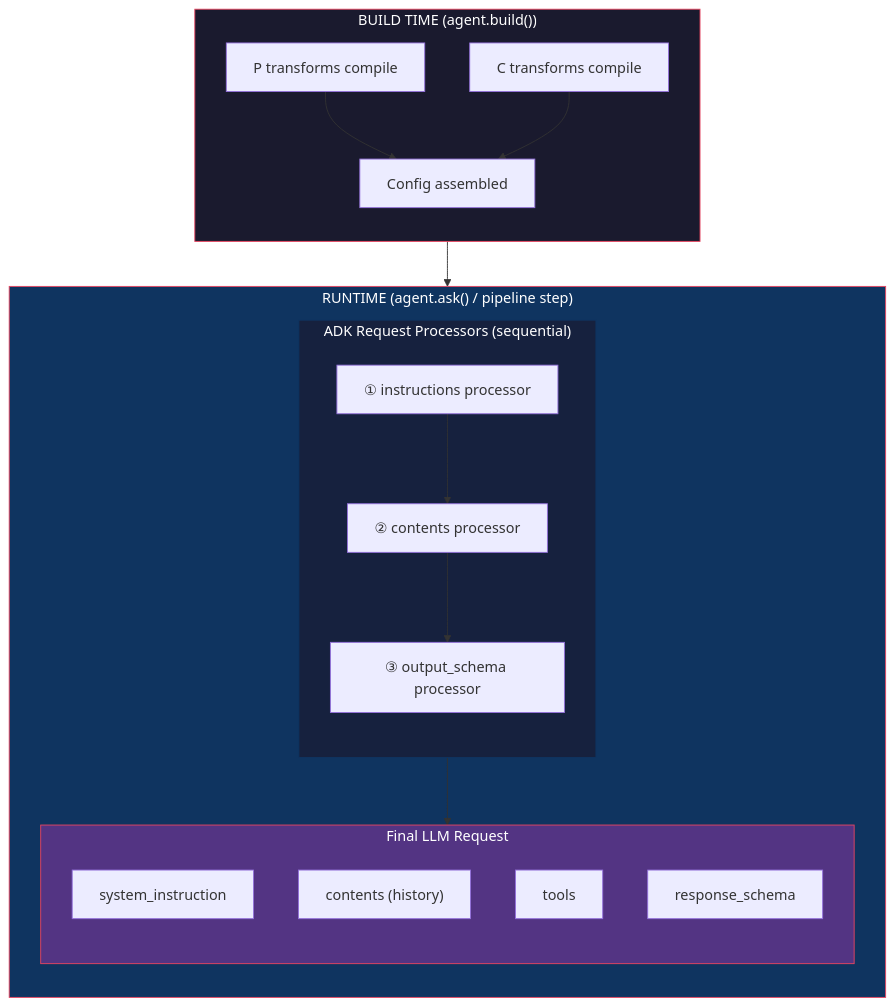
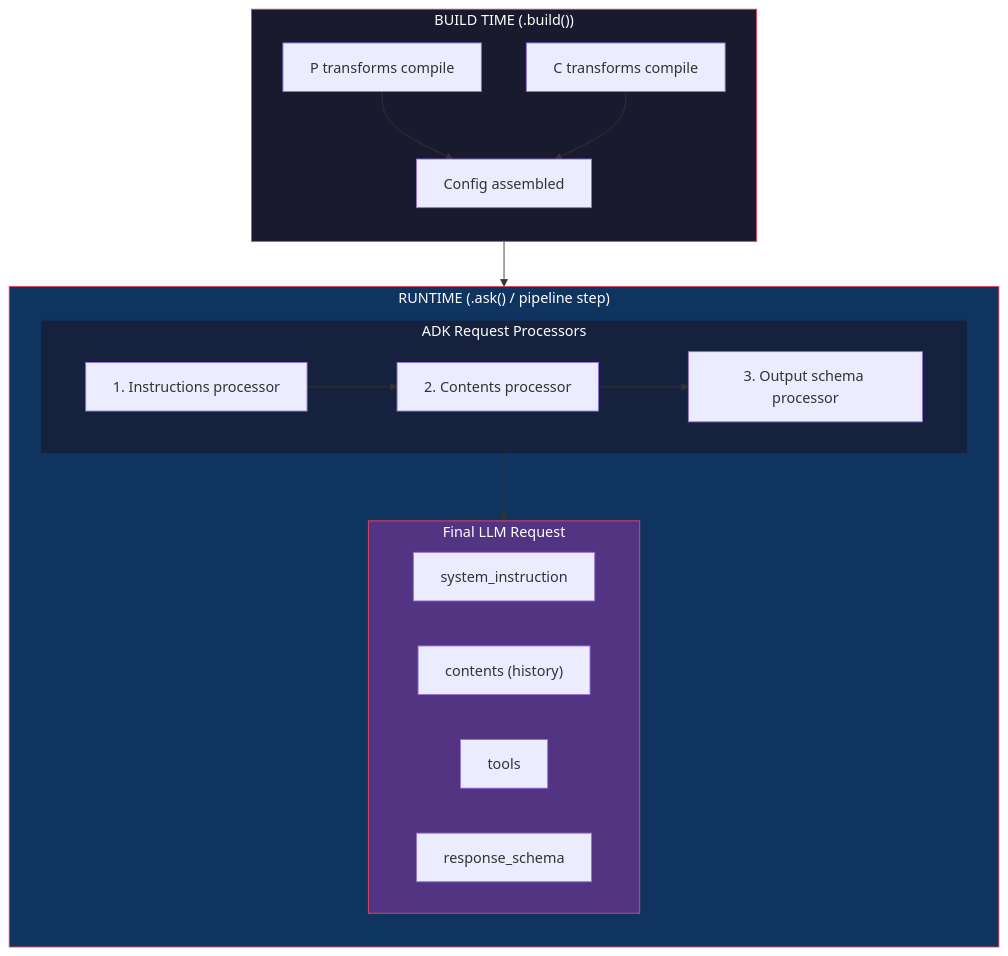
Before and after one commit to vamsiramakrishnan/adk-fluent: the fourth of 7 diagrams in docs/user-guide/data-flow.md, drawn with Mermaid. The commit also changed other lines of this file and 35 other files, not shown here.

First line of the commit message:
docs: comprehensive user-guide overhaul with Mermaid diagrams, tables, and 7 new pages

````diff
--- a/docs/user-guide/data-flow.md
+++ b/docs/user-guide/data-flow.md
@@ -183,40 +170,34 @@
 ```mermaid
 flowchart TB
-    subgraph build["BUILD TIME (agent.build())"]
+    subgraph build["BUILD TIME (.build())"]
         direction TB
-        B1["P transforms compile"]
-        B2["C transforms compile"]
-        B3["Config assembled"]
-        B1 --> B3
-        B2 --> B3
+        B1["P transforms compile"] --> B3["Config assembled"]
+        B2["C transforms compile"] --> B3
     end
 
-    subgraph runtime["RUNTIME (agent.ask() / pipeline step)"]
+    subgraph runtime["RUNTIME (.ask() / pipeline step)"]
         direction TB
-
-        subgraph proc["ADK Request Processors (sequential)"]
-            direction TB
-            P1["① instructions processor"]
-            P2["② contents processor"]
-            P3["③ output_schema processor"]
+        subgraph proc["ADK Request Processors"]
+            P1["1. Instructions processor"]
+            P2["2. Contents processor"]
+            P3["3. Output schema processor"]
             P1 --> P2 --> P3
         end
 
         subgraph llm_req["Final LLM Request"]
-            direction TB
             SYS["system_instruction"]
             HIST["contents (history)"]
             TOOLS["tools"]
             SCHEMA["response_schema"]
         end
 
         proc --> llm_req
     end
 
     build --> runtime
 
     style build fill:#1a1a2e,stroke:#e94560,color:#fff
     style runtime fill:#0f3460,stroke:#e94560,color:#fff
     style proc fill:#16213e,stroke:#0f3460,color:#fff
     style llm_req fill:#533483,stroke:#e94560,color:#fff
 ```
````
